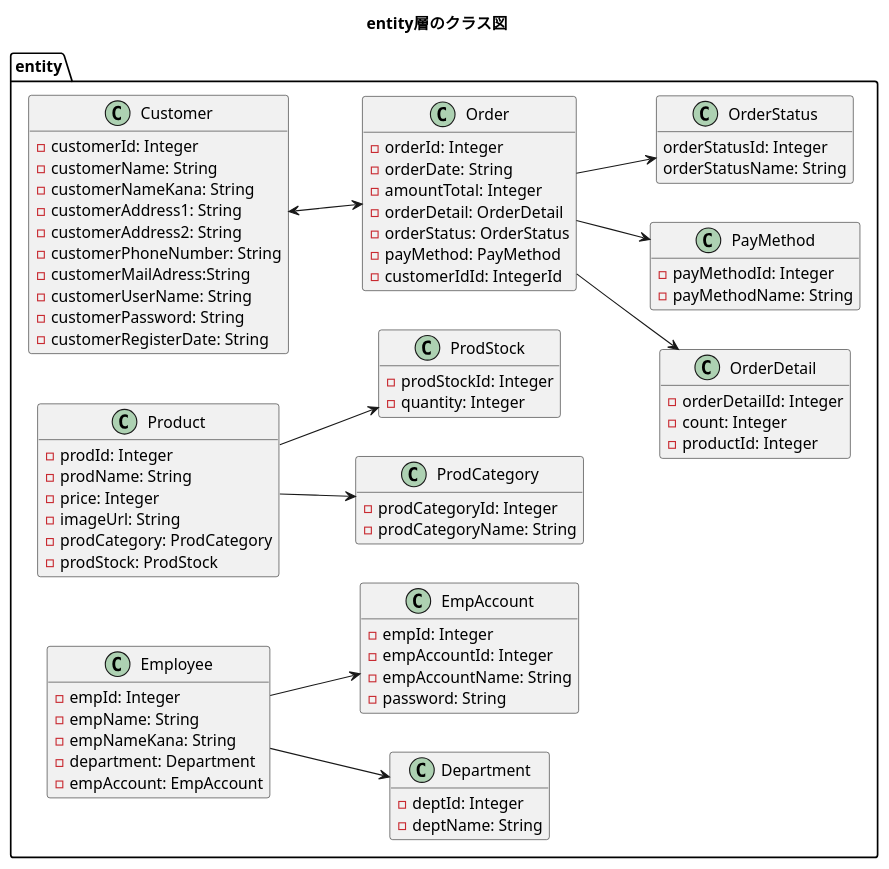
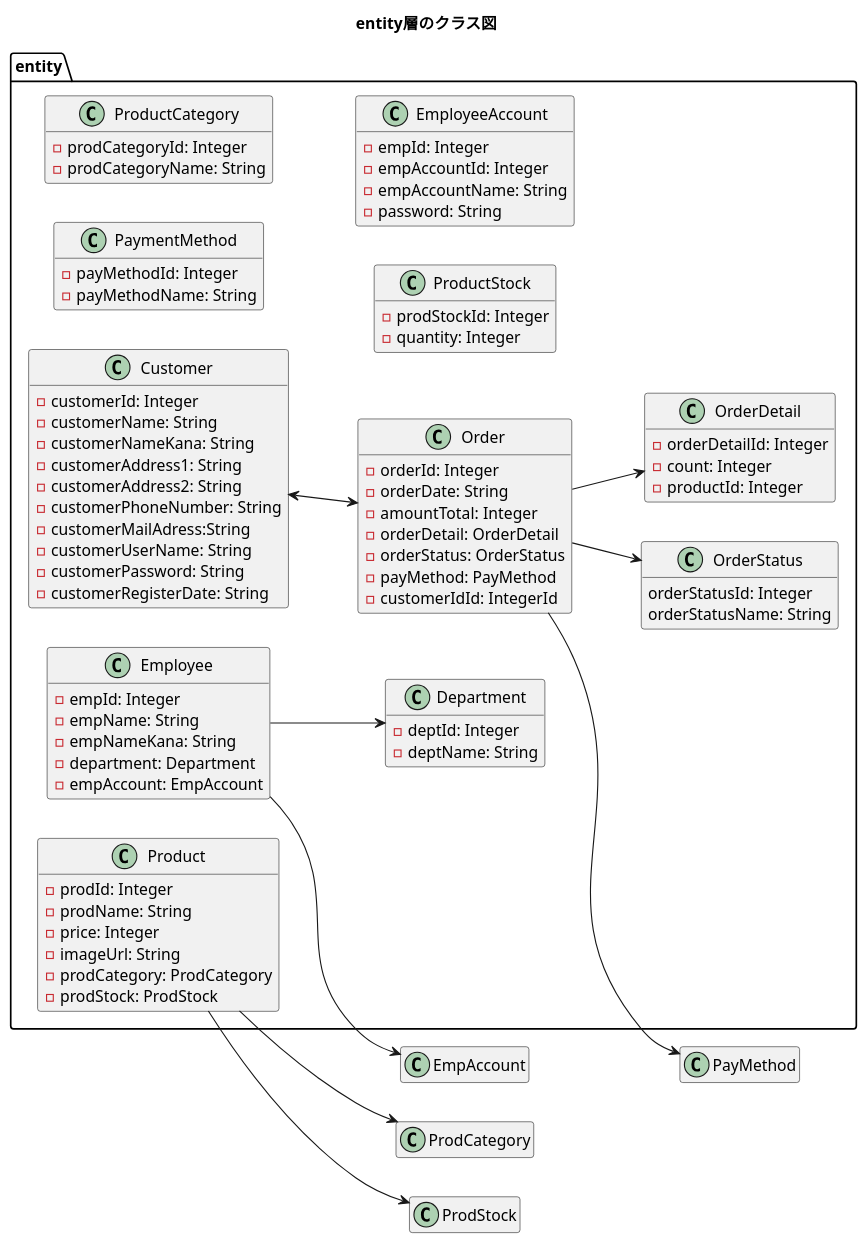
The diagram in plan/uml/class/entity.plantuml (kanavii3333/ec-b), drawn with PlantUML before and after one commit.

Commit message:
entity　修正

```diff
--- a/plan/uml/class/entity.plantuml
+++ b/plan/uml/class/entity.plantuml
@@ -1,94 +1,94 @@
 @startuml
 title entity層のクラス図
 hide empty members
 left to right direction
 
 package entity{
     class Customer{
         -customerId: Integer
         -customerName: String
         -customerNameKana: String
         -customerAddress1: String
         -customerAddress2: String
         -customerPhoneNumber: String
         -customerMailAdress:String
         -customerUserName: String
         -customerPassword: String
         -customerRegisterDate: String
     }
 
     class Order{
         -orderId: Integer
         -orderDate: String
         -amountTotal: Integer
         -orderDetail: OrderDetail
         -orderStatus: OrderStatus
         -payMethod: PayMethod
         -customerIdId: IntegerId
     }
 
     class OrderDetail{
         -orderDetailId: Integer
         -count: Integer
         -productId: Integer
     }
     
-    class PayMethod{
+    class PaymentMethod{
     	-payMethodId: Integer
     	-payMethodName: String
     }
 
     class OrderStatus{
         orderStatusId: Integer
         orderStatusName: String
     }
 
     class Product{
         -prodId: Integer
         -prodName: String
         -price: Integer
         -imageUrl: String
         -prodCategory: ProdCategory
         -prodStock: ProdStock
     }
 
-    class ProdCategory{
+    class ProductCategory{
         -prodCategoryId: Integer
         -prodCategoryName: String
     }
 
-    class ProdStock{
+    class ProductStock{
         -prodStockId: Integer
         -quantity: Integer
     }
 
     class Employee{
         -empId: Integer
         -empName: String
         -empNameKana: String
         -department: Department
         -empAccount: EmpAccount
     }
 
     class Department{
         -deptId: Integer
         -deptName: String
     }
 
-    class EmpAccount{
+    class EmployeeAccount{
     	-empId: Integer
         -empAccountId: Integer
         -empAccountName: String
         -password: String
     }
 }
 
 Customer <--> Order
 Order --> OrderStatus
 Order --> OrderDetail
 Order --> PayMethod
 Product --> ProdStock
 Product --> ProdCategory
 Employee --> EmpAccount
 Employee --> Department
 @enduml
```
